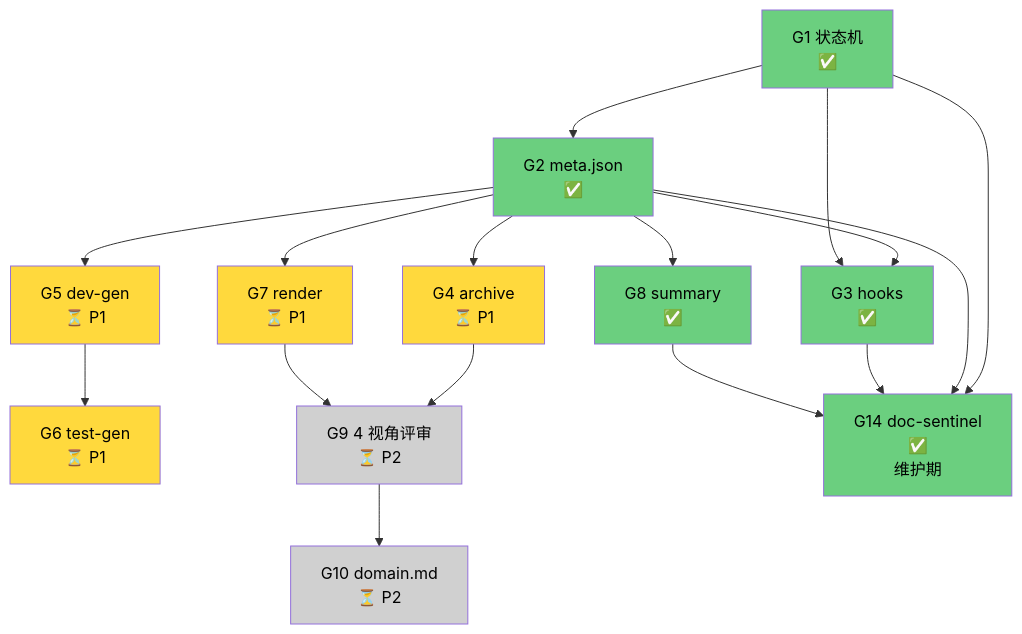
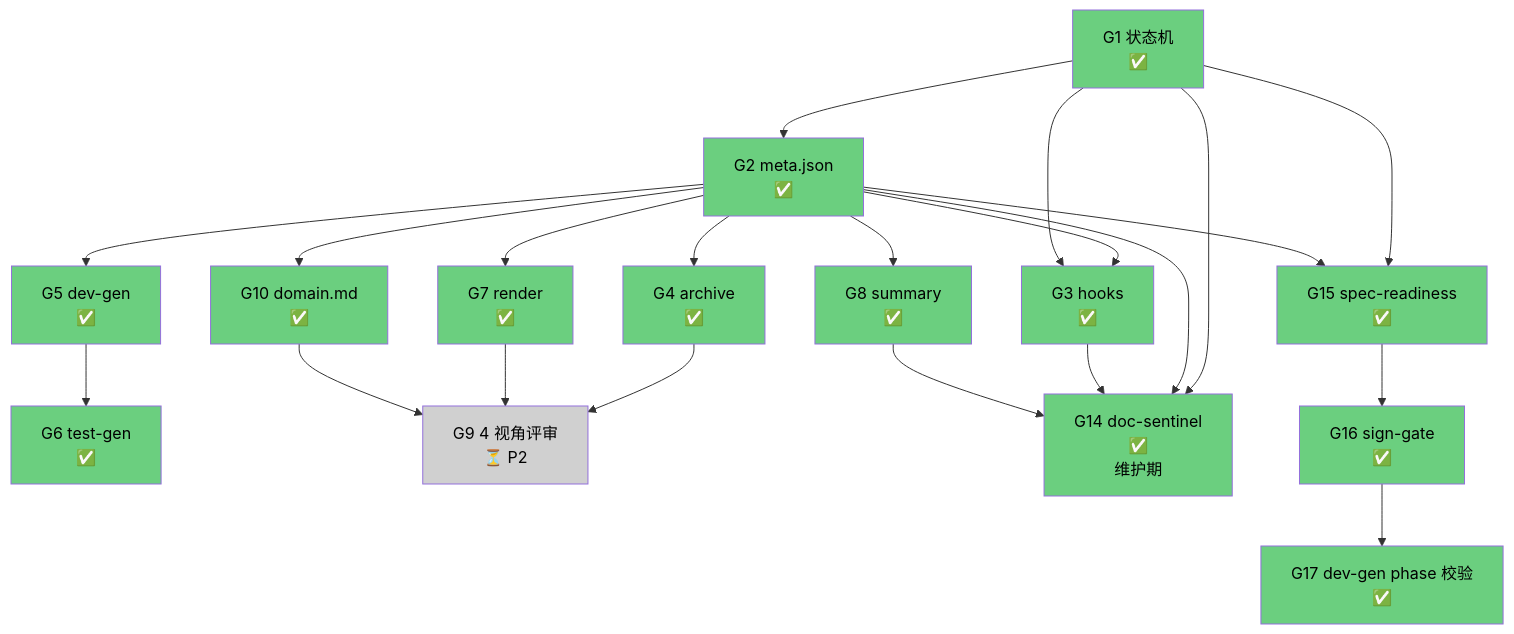
One commit to gudandezhu/claude-plugins changed the diagram in plugins/god/docs/roadmap.md. Above: the diagram before and after it, drawn with Mermaid. The commit also changed other lines of this file and 36 other files, not shown here.

````diff
--- a/plugins/god/docs/roadmap.md
+++ b/plugins/god/docs/roadmap.md
@@ -116,33 +97,42 @@
 ```mermaid
 graph TD
     G1[G1 状态机<br/>✅] --> G2[G2 meta.json<br/>✅]
     G2 --> G3[G3 hooks<br/>✅]
     G1 --> G3
     G2 --> G8[G8 summary<br/>✅]
 
-    G2 --> G4[G4 archive<br/>⏳ P1]
-    G2 --> G5[G5 dev-gen<br/>⏳ P1]
-    G5 --> G6[G6 test-gen<br/>⏳ P1]
-    G2 --> G7[G7 render<br/>⏳ P1]
+    G2 --> G4[G4 archive<br/>✅]
+    G2 --> G5[G5 dev-gen<br/>✅]
+    G5 --> G6[G6 test-gen<br/>✅]
+    G2 --> G7[G7 render<br/>✅]
+    G2 --> G10[G10 domain.md<br/>✅]
 
     G4 --> G9[G9 4 视角评审<br/>⏳ P2]
     G7 --> G9
-    G9 --> G10[G10 domain.md<br/>⏳ P2]
+    G10 --> G9
 
     G1 --> G14[G14 doc-sentinel<br/>✅<br/>维护期]
     G2 --> G14
     G3 --> G14
     G8 --> G14
 
+    G1 --> G15[G15 spec-readiness<br/>✅]
+    G2 --> G15
+    G15 --> G16[G16 sign-gate<br/>✅]
+    G16 --> G17[G17 dev-gen phase 校验<br/>✅]
+
     style G1 fill:#6bcf7f,color:#000
     style G2 fill:#6bcf7f,color:#000
     style G3 fill:#6bcf7f,color:#000
+    style G4 fill:#6bcf7f,color:#000
+    style G5 fill:#6bcf7f,color:#000
+    style G6 fill:#6bcf7f,color:#000
+    style G7 fill:#6bcf7f,color:#000
     style G8 fill:#6bcf7f,color:#000
+    style G10 fill:#6bcf7f,color:#000
     style G14 fill:#6bcf7f,color:#000
-    style G4 fill:#ffd93d,color:#000
-    style G5 fill:#ffd93d,color:#000
-    style G6 fill:#ffd93d,color:#000
-    style G7 fill:#ffd93d,color:#000
+    style G15 fill:#6bcf7f,color:#000
+    style G16 fill:#6bcf7f,color:#000
+    style G17 fill:#6bcf7f,color:#000
     style G9 fill:#d0d0d0,color:#000
-    style G10 fill:#d0d0d0,color:#000
 ```
````
